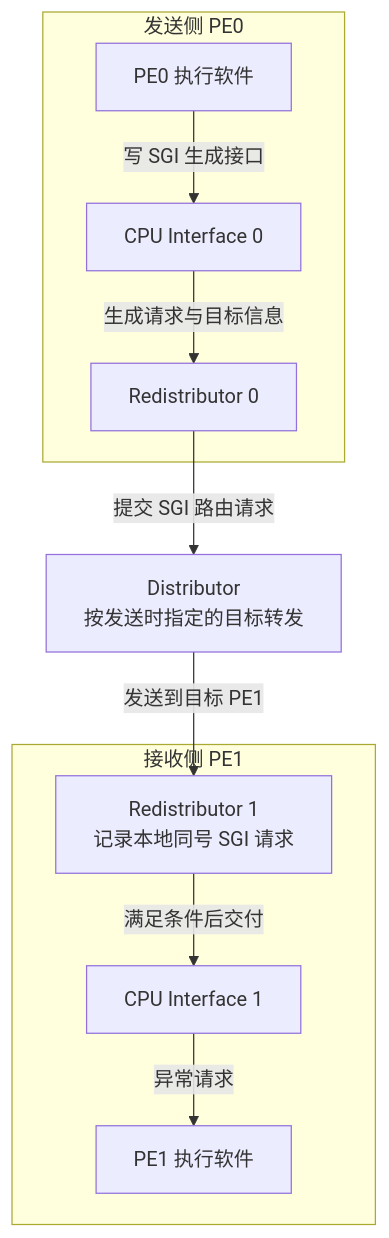
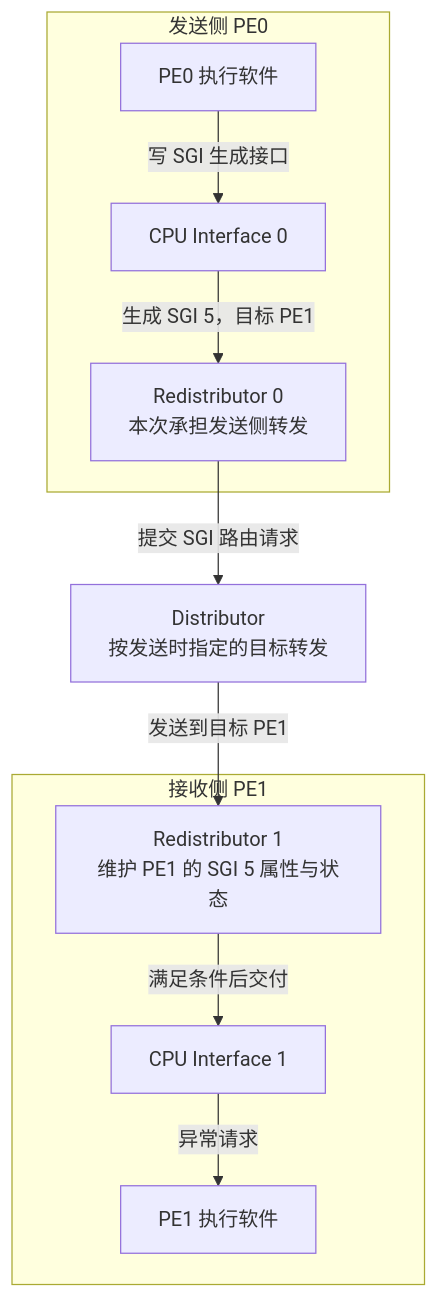
One commit to FormingSystem/linux_note changed the third of 4 diagrams in platforms/arm/architecture/gic/P03_多核角色与架构编程接口.md. Above: the diagram before and after it, drawn with Mermaid. The commit also changed other lines of this file and 30 other files, not shown here.

````diff
--- a/platforms/arm/architecture/gic/P03_多核角色与架构编程接口.md
+++ b/platforms/arm/architecture/gic/P03_多核角色与架构编程接口.md
@@ -129,13 +148,13 @@
 ```mermaid
 flowchart TB
     subgraph sending_side["发送侧 PE0"]
         pe0["PE0 执行软件"] -->|"写 SGI 生成接口"| interface0["CPU Interface 0"]
-        interface0 -->|"生成请求与目标信息"| redist0["Redistributor 0"]
+        interface0 -->|"生成 SGI 5，目标 PE1"| redist0["Redistributor 0<br/>本次承担发送侧转发"]
     end
     redist0 -->|"提交 SGI 路由请求"| distributor["Distributor<br/>按发送时指定的目标转发"]
     subgraph receiving_side["接收侧 PE1"]
-        redist1["Redistributor 1<br/>记录本地同号 SGI 请求"] -->|"满足条件后交付"| interface1["CPU Interface 1"]
+        redist1["Redistributor 1<br/>维护 PE1 的 SGI 5 属性与状态"] -->|"满足条件后交付"| interface1["CPU Interface 1"]
         interface1 -->|"异常请求"| pe1["PE1 执行软件"]
     end
     distributor -->|"发送到目标 PE1"| redist1
 ```
````
